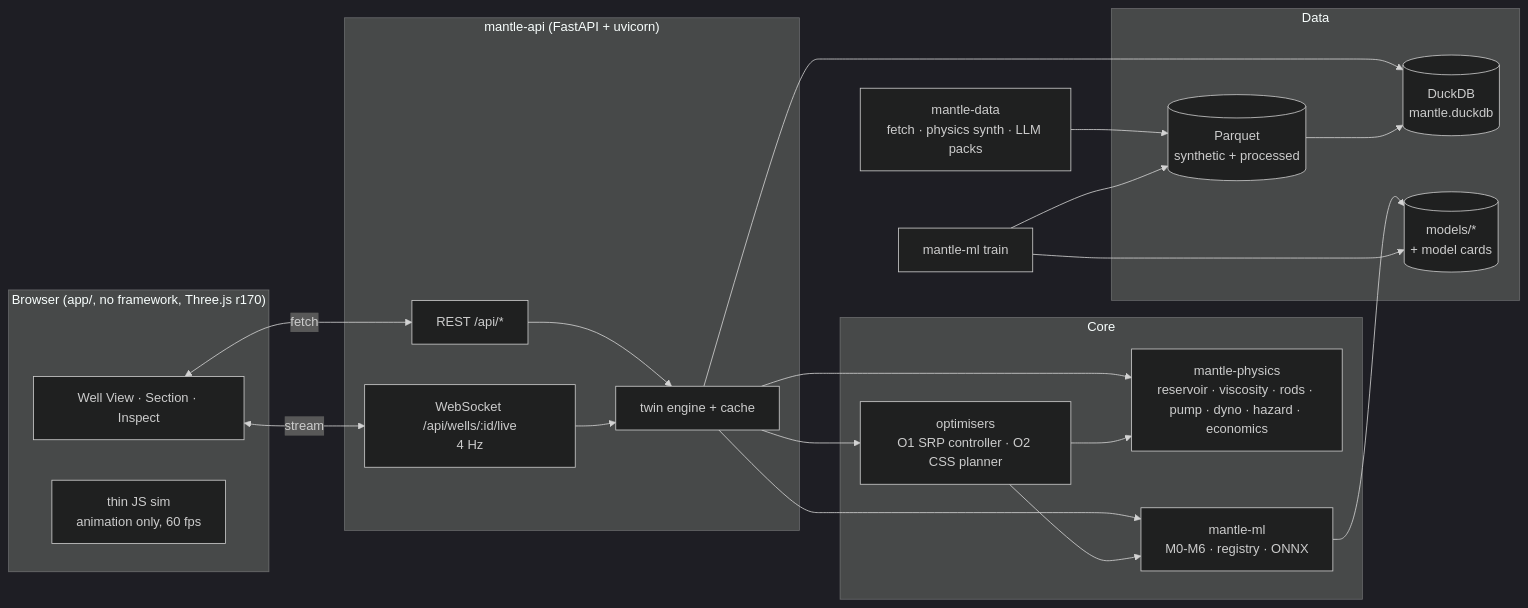
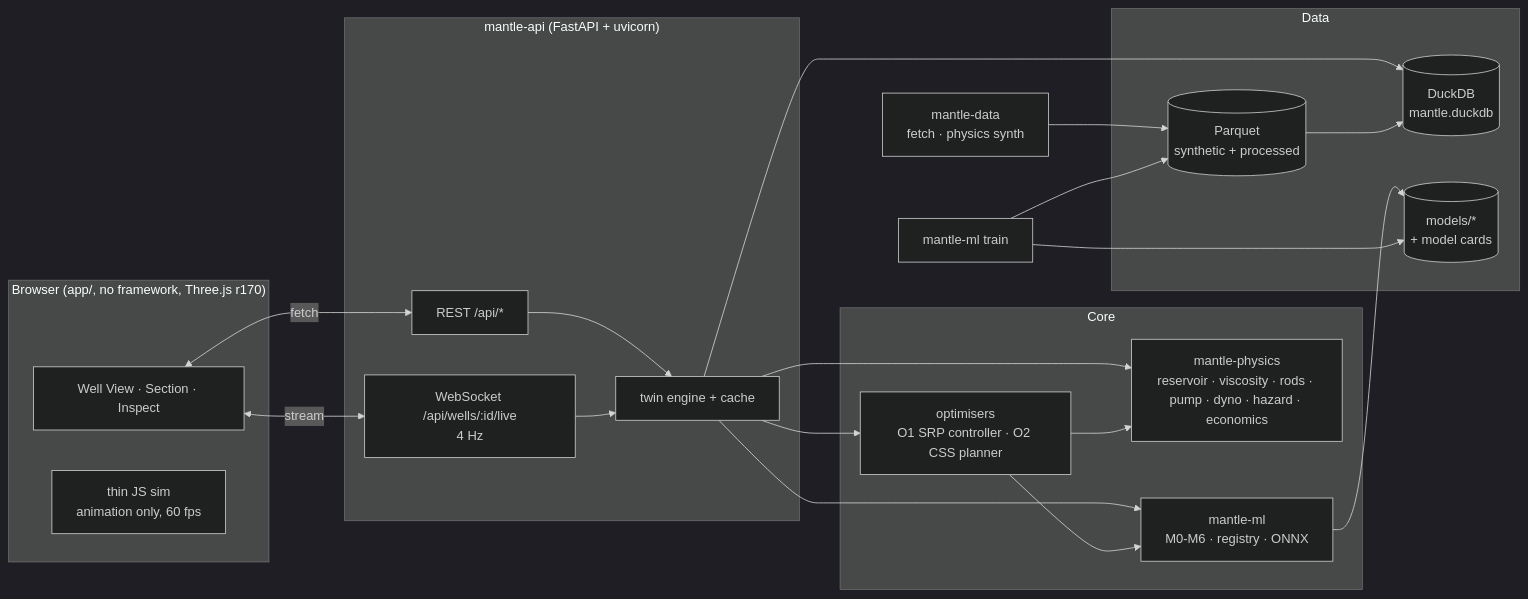
The diagram in README.md (Abhinav-Prabhakar/Mantle), drawn with Mermaid (dark theme) before and after one commit. The commit also changed other lines of this file and 208 other files, not shown here.

Commit message:
Remove LLM-synthetic data path: llm-packs, mantle_data.llm, prompts, llm CLI/table/compose profile, M4 text features, anthropic/openai deps; sources are now real and physics_synthetic

````diff
--- a/README.md
+++ b/README.md
@@ -107,36 +107,36 @@
 ```mermaid
 flowchart LR
   subgraph Browser["Browser (app/, no framework, Three.js r170)"]
     UI["Well View · Section · Inspect"]
     JS["thin JS sim<br/>animation only, 60 fps"]
   end
   subgraph API["mantle-api (FastAPI + uvicorn)"]
     REST["REST /api/*"]
     WS["WebSocket /api/wells/:id/live<br/>4 Hz"]
     ENG["twin engine + cache"]
   end
   subgraph Core["Core"]
     PHY["mantle-physics<br/>reservoir · viscosity · rods · pump · dyno · hazard · economics"]
     ML["mantle-ml<br/>M0-M6 · registry · ONNX"]
     OPT["optimisers<br/>O1 SRP controller · O2 CSS planner"]
   end
   subgraph Data["Data"]
     DDB[("DuckDB<br/>mantle.duckdb")]
     PQ[("Parquet<br/>synthetic + processed")]
     ART[("models/*<br/>+ model cards")]
   end
   UI <-->|fetch| REST
   UI <-->|stream| WS
   REST --> ENG
   WS --> ENG
   ENG --> PHY
   ENG --> ML
   ENG --> OPT
   OPT --> PHY
   OPT --> ML
   ML --> ART
   ENG --> DDB
-  GEN["mantle-data<br/>fetch · physics synth · LLM packs"] --> PQ --> DDB
+  GEN["mantle-data<br/>fetch · physics synth"] --> PQ --> DDB
   TRAIN["mantle-ml train"] --> PQ
   TRAIN --> ART
 ```
````
